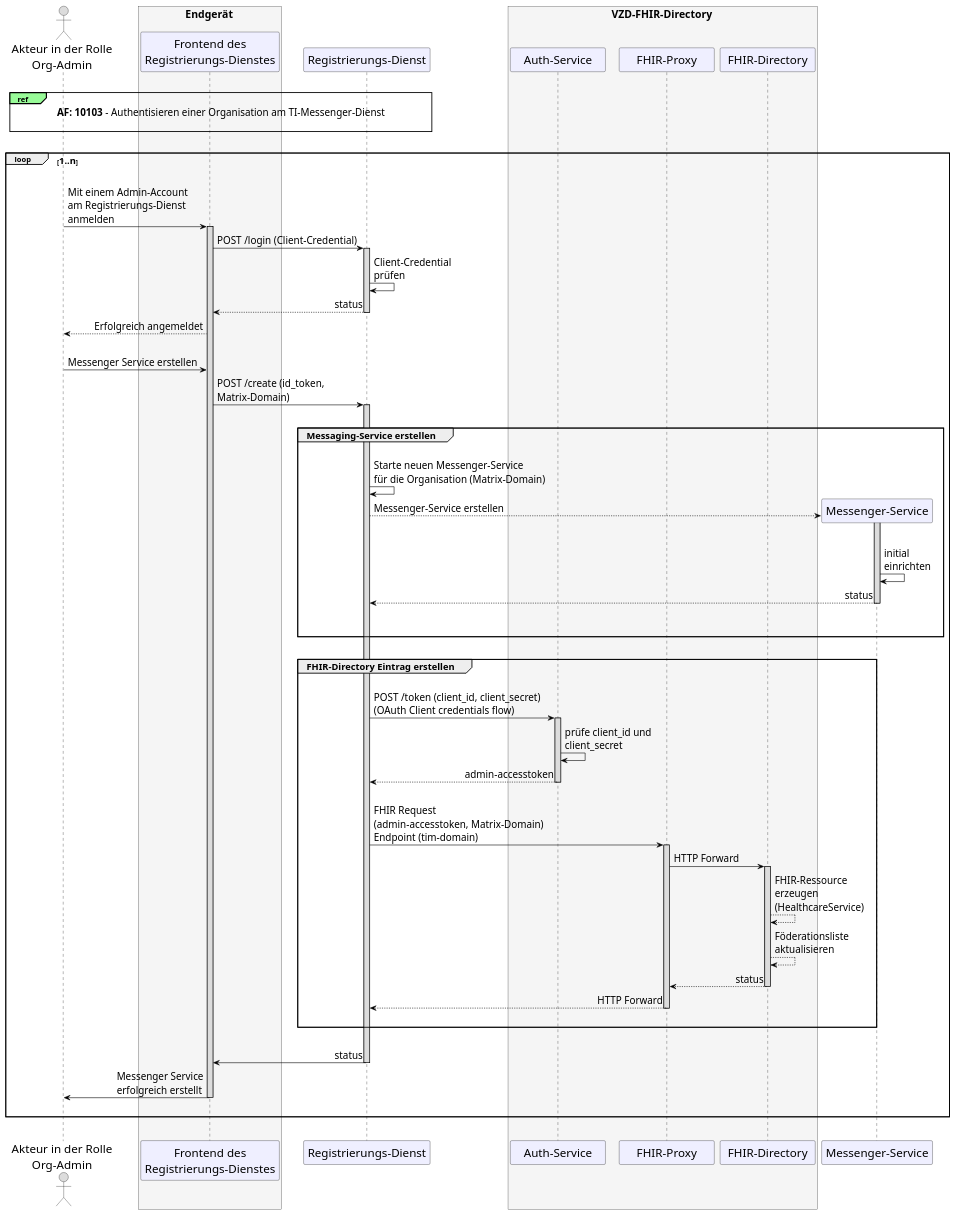
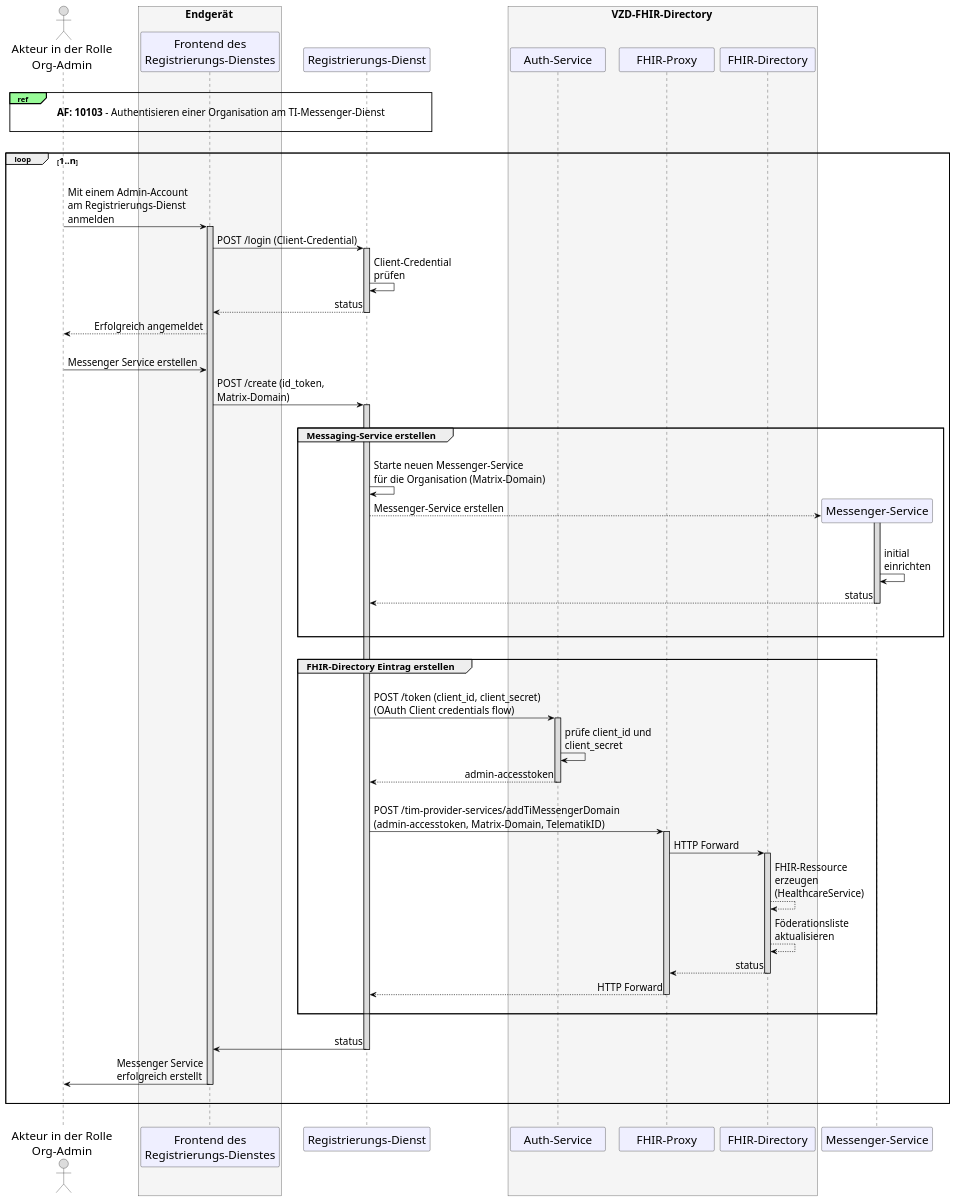
One commit to gematik/api-ti-messenger changed the diagram in src/plantuml/TI-Messenger-Dienst/Ressourcen/UC_10060_Seq.puml. Above: the diagram before and after it, drawn with PlantUML.

```diff
--- a/src/plantuml/TI-Messenger-Dienst/Ressourcen/UC_10060_Seq.puml
+++ b/src/plantuml/TI-Messenger-Dienst/Ressourcen/UC_10060_Seq.puml
@@ -9,106 +9,106 @@
 @startuml
 skinparam sequenceMessageAlign direction
 skinparam WrapWidth 300
 skinparam minClassWidth 150
 skinparam BoxPadding 1
 skinparam sequenceReferenceHeaderBackgroundColor palegreen
 scale max 2048 width
 
 skinparam sequence {
 ArrowColor black
 ArrowFontSize 17
 ActorBorderColor black
 LifeLineBorderColor black
 LifeLineBackgroundColor Gainsboro
 
 ParticipantBorderColor Motivation
 ParticipantBackgroundColor Motivation
 ParticipantFontName Impact
 ParticipantFontSize 20
 ParticipantFontColor black
 ParticipantBorderColor Black
 ParticipantBackgroundColor MOTIVATION
 
 ActorBackgroundColor Gainsboro
 ActorFontColor black
 ActorFontSize 20
 ActorFontName Aapex
 }
     actor U as "Akteur in der Rolle\nOrg-Admin"
     box <size:18>Endgerät</size> #WhiteSmoke
       participant C as "Frontend des\nRegistrierungs-Dienstes"
     end box
     participant R as "Registrierungs-Dienst"
     box <size:18>VZD-FHIR-Directory</size> #WhiteSmoke
     participant Auth as "Auth-Service"
     participant FP as "FHIR-Proxy"
     participant VZD as "FHIR-Directory"
     end box
 
 |||
 ref over U, R: <size:17>**AF: 10103** - Authentisieren einer Organisation am TI-Messenger-Dienst</size>\n 
 |||
 
 loop <size:16>1..n</size>
   |||
   U->C: Mit einem Admin-Account \nam Registrierungs-Dienst \nanmelden
     Activate C
   C->R: POST /login (Client-Credential)
     Activate R
   R->R: Client-Credential \nprüfen
   R-->C: status
     Deactivate R
   C-->U: Erfolgreich angemeldet
   |||
   U->C: Messenger Service erstellen
   C->R: POST /create (id_token, \nMatrix-Domain)
     Activate R
     
     |||
     group <size:16>Messaging-Service erstellen</size>
     |||
       R->R: Starte neuen Messenger-Service \nfür die Organisation (Matrix-Domain)
         create "Messenger-Service"
           R-->"Messenger-Service" : Messenger-Service erstellen 
         Activate "Messenger-Service"
       |||
       "Messenger-Service"->"Messenger-Service": initial \neinrichten
       "Messenger-Service"-->R: status
       |||
         Deactivate "Messenger-Service"
     |||
     end
     
     |||
     
     group <size:16>FHIR-Directory Eintrag erstellen</size>
     |||
       R->Auth: POST /token (client_id, client_secret) \n(OAuth Client credentials flow)
         Activate Auth
       Auth->Auth: prüfe client_id und \nclient_secret
       Auth-->R: admin-accesstoken
         Deactivate Auth
       |||
-      R->FP: FHIR Request \n(admin-accesstoken, Matrix-Domain)\nEndpoint (tim-domain)
+      R->FP: POST /tim-provider-services/addTiMessengerDomain \n(admin-accesstoken, Matrix-Domain, TelematikID)
         Activate FP
       FP->VZD: HTTP Forward
         Activate VZD
       VZD-->VZD: FHIR-Ressource \nerzeugen \n(HealthcareService)
       VZD-->VZD: Föderationsliste\naktualisieren
       VZD-->FP: status
         Deactivate VZD
       FP-->R: HTTP Forward
         Deactivate FP
 
     |||
     end
 
   |||
   R->C: status
     Deactivate R
   C->U: Messenger Service \nerfolgreich erstellt
     Deactivate C
   |||
 end
 |||
 @enduml
```
